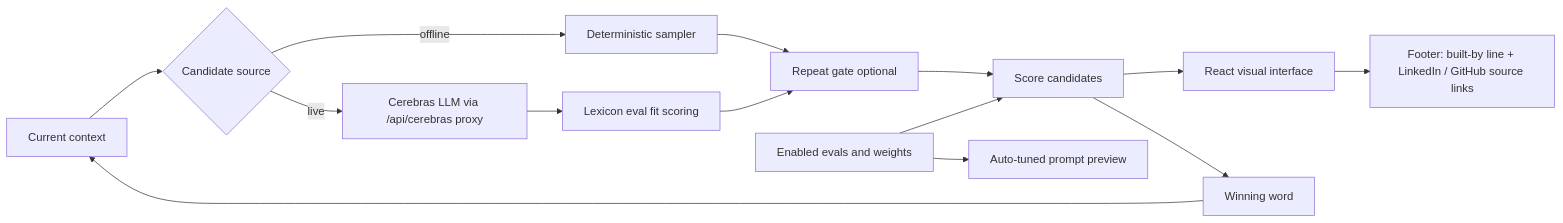
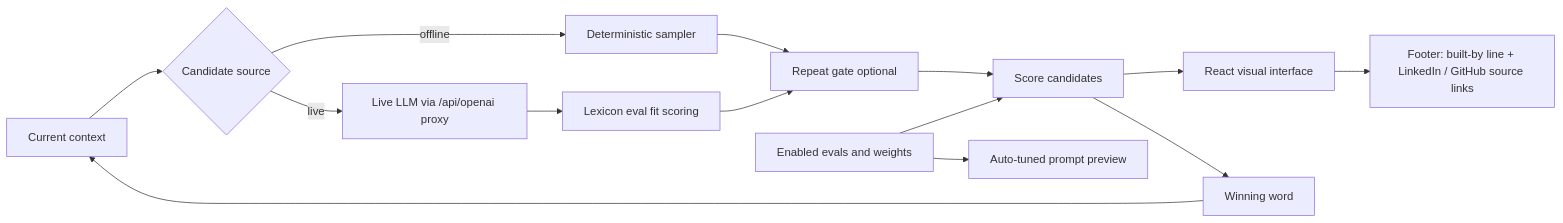
One commit to johnpfeiffer/demoevals changed the first of 2 diagrams in architecture.md. Above: the diagram before and after it, drawn with Mermaid. The commit also changed other lines of this file and 5 other files, not shown here.

````diff
--- a/architecture.md
+++ b/architecture.md
@@ -9,16 +9,16 @@
 ```mermaid
 flowchart LR
   C[Current context] --> G{Candidate source}
   G -->|offline| D[Deterministic sampler]
-  G -->|live| L[Cerebras LLM via /api/cerebras proxy]
+  G -->|live| L[Live LLM via /api/openai proxy]
   L --> F[Lexicon eval fit scoring]
   D --> R[Repeat gate optional]
   F --> R
   R --> S[Score candidates]
   E[Enabled evals and weights] --> S
   S --> V[React visual interface]
   V --> FOOT[Footer: built-by line + LinkedIn / GitHub source links]
   S --> W[Winning word]
   W --> C
   E --> P[Auto-tuned prompt preview]
 ```
````
